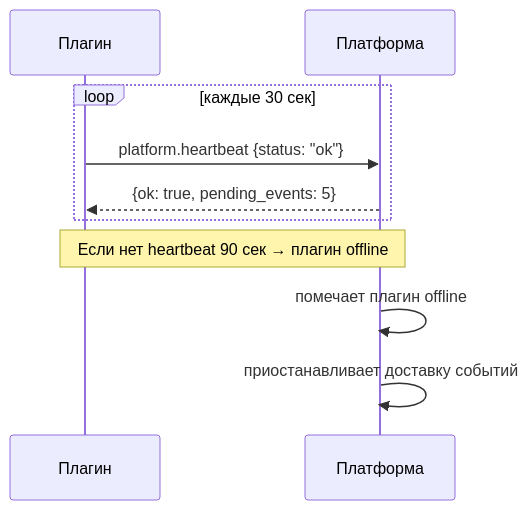
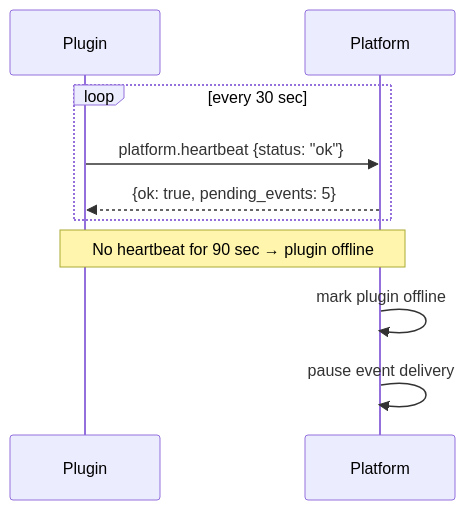
Before and after one commit to darvik80/iot-platform-go: the fifth of 9 diagrams in docs/en/14-diagrams.md, drawn with Mermaid. The commit also changed other lines of this file and 27 other files, not shown here.

````diff
--- a/docs/en/14-diagrams.md
+++ b/docs/en/14-diagrams.md
@@ -189,14 +195,14 @@
 ```mermaid
 sequenceDiagram
-    participant Pl as Плагин
-    participant P as Платформа
+    participant Pl as Plugin
+    participant P as Platform
 
-    loop каждые 30 сек
+    loop every 30 sec
         Pl->>P: platform.heartbeat {status: "ok"}
         P-->>Pl: {ok: true, pending_events: 5}
     end
 
-    Note over Pl,P: Если нет heartbeat 90 сек → плагин offline
-    P->>P: помечает плагин offline
-    P->>P: приостанавливает доставку событий
+    Note over Pl,P: No heartbeat for 90 sec → plugin offline
+    P->>P: mark plugin offline
+    P->>P: pause event delivery
 ```
````
